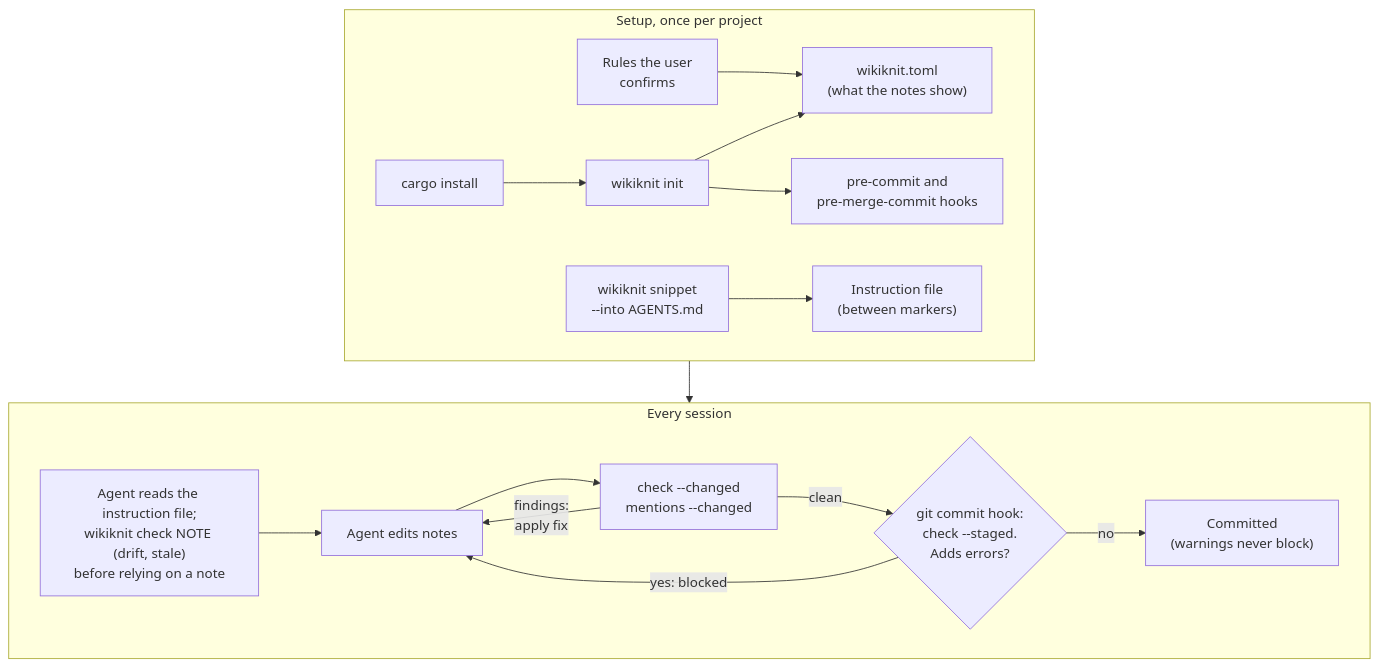
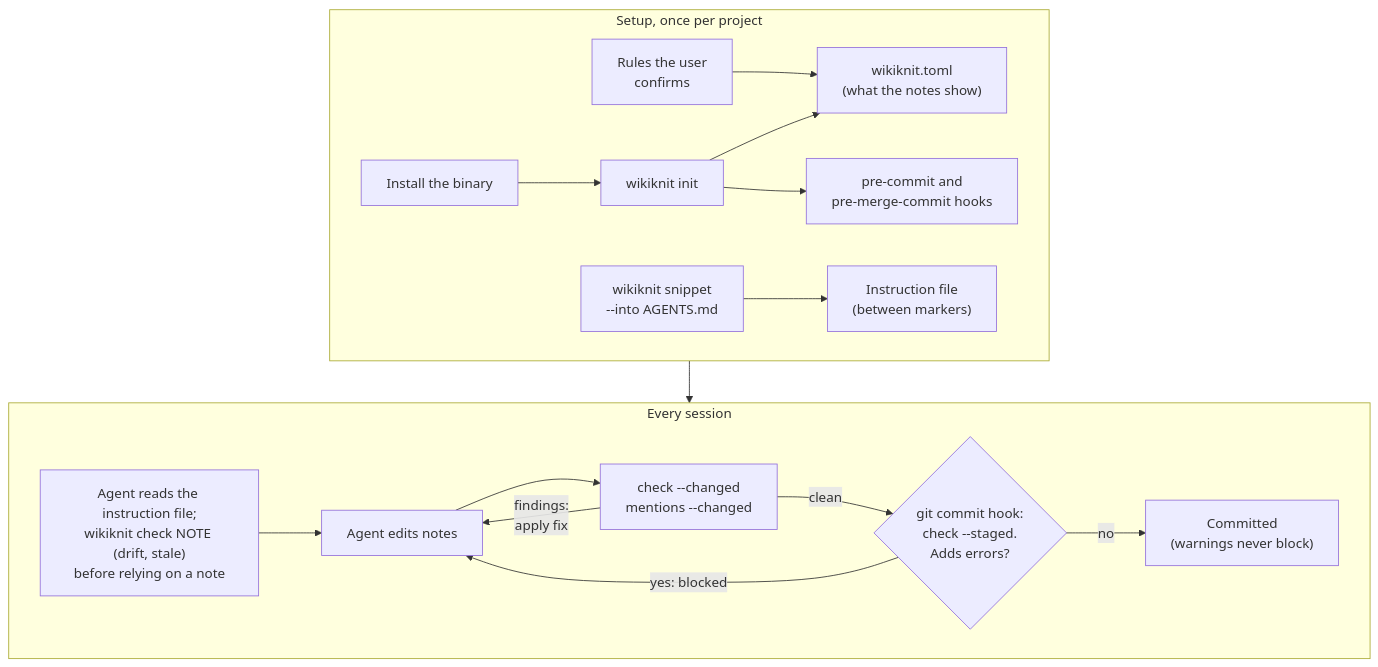
Before and after one commit to victor-kwak/wikiknit: the diagram in README.md, drawn with Mermaid. The commit also changed other lines of this file and 7 other files, not shown here.

````diff
--- a/README.md
+++ b/README.md
@@ -28,20 +28,20 @@
 ```mermaid
 flowchart TB
   subgraph setup["Setup, once per project"]
     direction LR
-    B["cargo install"] --> I["wikiknit init"]
+    B["Install the binary"] --> I["wikiknit init"]
     I --> C["wikiknit.toml<br/>(what the notes show)"]
     I --> H["pre-commit and<br/>pre-merge-commit hooks"]
     Q["Rules the user<br/>confirms"] --> C
     S["wikiknit snippet<br/>#45;#45;into AGENTS.md"] --> F["Instruction file<br/>(between markers)"]
   end
   subgraph work["Every session"]
     direction LR
     L["Agent reads the instruction file;<br/>wikiknit check NOTE (drift, stale)<br/>before relying on a note"] --> E["Agent edits notes"] --> X["check #45;#45;changed<br/>mentions #45;#45;changed"]
     X -->|"findings:<br/>apply fix"| E
     X -->|clean| K{"git commit hook:<br/>check #45;#45;staged.<br/>Adds errors?"}
     K -->|"yes: blocked"| E
     K -->|no| D["Committed<br/>(warnings never block)"]
   end
   setup --> work
 ```
````
